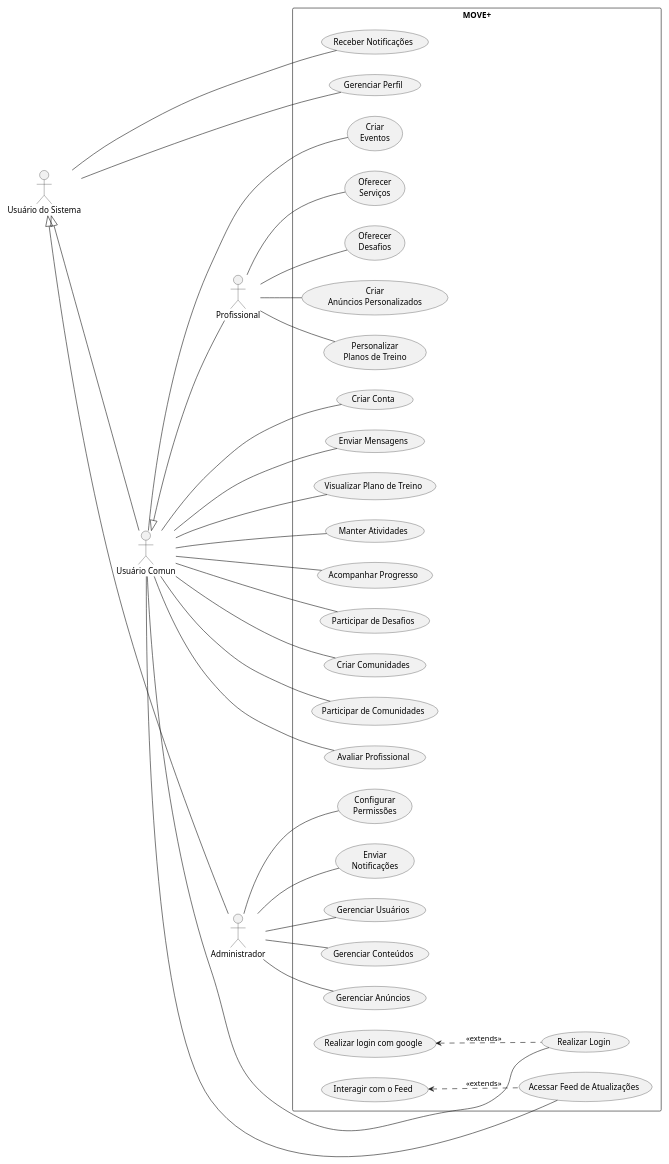
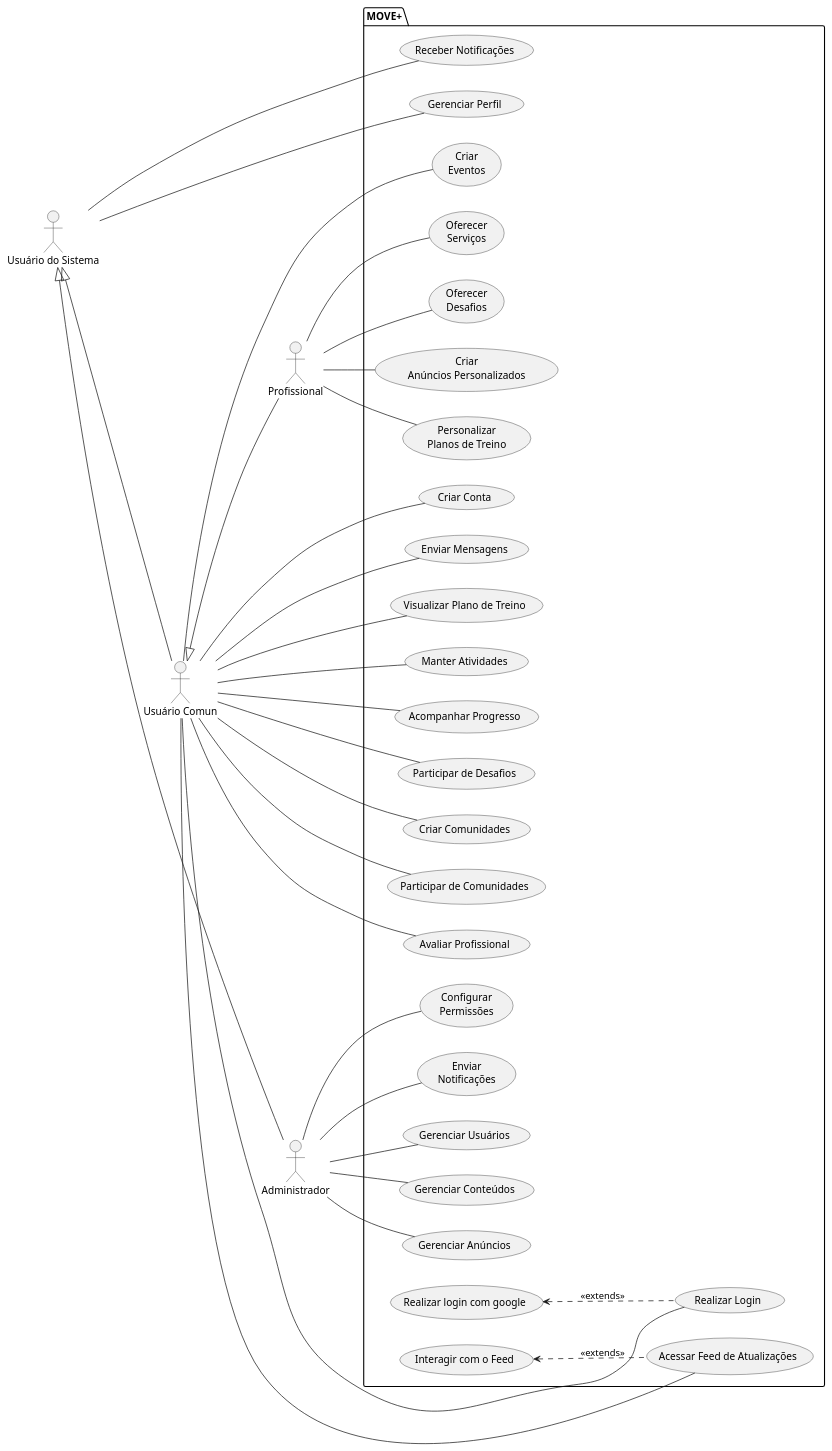
One commit to raizaft/MOVE changed the diagram in specs/design/view-usecase/usecase.puml. Above: the diagram before and after it, drawn with PlantUML. The commit also changed 1 other file, not shown here.

```diff
--- a/specs/design/view-usecase/usecase.puml
+++ b/specs/design/view-usecase/usecase.puml
@@ -1,80 +1,77 @@
-@startuml
-scale 0.8
+@startuml MOVE+
 
 left to right direction
-skinparam packageStyle rectangle
 
+' Atores
 actor "Usuário do Sistema" as u
 actor "Usuário Comun" as User
 actor "Profissional" as Professional
 actor "Administrador" as Admin
 
+' Relacionamentos
 u <|-- User
 User <|-- Professional
 u <|-- Admin
 
-
-rectangle MOVE+ {
+package MOVE+ {
     usecase "Receber Notificações" as UC10
     usecase "Gerenciar Perfil" as UC15
 
     usecase "Realizar Login" as UC2
     usecase "Criar Conta" as UC1
     usecase "Acessar Feed de Atualizações" as UC3
     usecase "Enviar Mensagens" as UC8
     usecase "Visualizar Plano de Treino" as UC4
     usecase "Manter Atividades" as UC5
     usecase "Acompanhar Progresso" as UC6
     usecase "Participar de Desafios" as UC7
     usecase "Criar Comunidades" as UC9
     usecase "Participar de Comunidades" as UC18
     usecase "Avaliar Profissional" as UC11
     usecase "Criar\nEventos" as UC23
 
     (Personalizar\nPlanos de Treino) as UC19
     (Oferecer\nServiços) as UC20
     (Oferecer\nDesafios) as UC21
     (Criar\nAnúncios Personalizados) as UC22
 
     usecase "Gerenciar Usuários" as UC12
     usecase "Gerenciar Conteúdos" as UC13
     usecase "Gerenciar Anúncios" as UC14
     (Configurar\nPermissões) as UC24
     (Enviar\nNotificações) as UC27
 
     usecase "Realizar login com google" as UC16
     usecase "Interagir com o Feed" as UC17
 }
 
-
-
 u -- UC10
 u -- UC15
 
 User -- UC1
 User -- UC2
 User -- UC3
 User -- UC4
 User -- UC5
 User -- UC6
 User -- UC7
 User -- UC8
 User -- UC9
 User -- UC11
 User -- UC18
 User -- UC23
 
 UC16 <.. UC2 : <<extends>>
 UC17 <.. UC3 : <<extends>>
 
 Professional -- UC19
 Professional -- UC20
 Professional -- UC21
 Professional -- UC22
 
 Admin -- UC12
 Admin -- UC13
 Admin -- UC14
 Admin -- UC24
 Admin -- UC27
 @enduml
```
